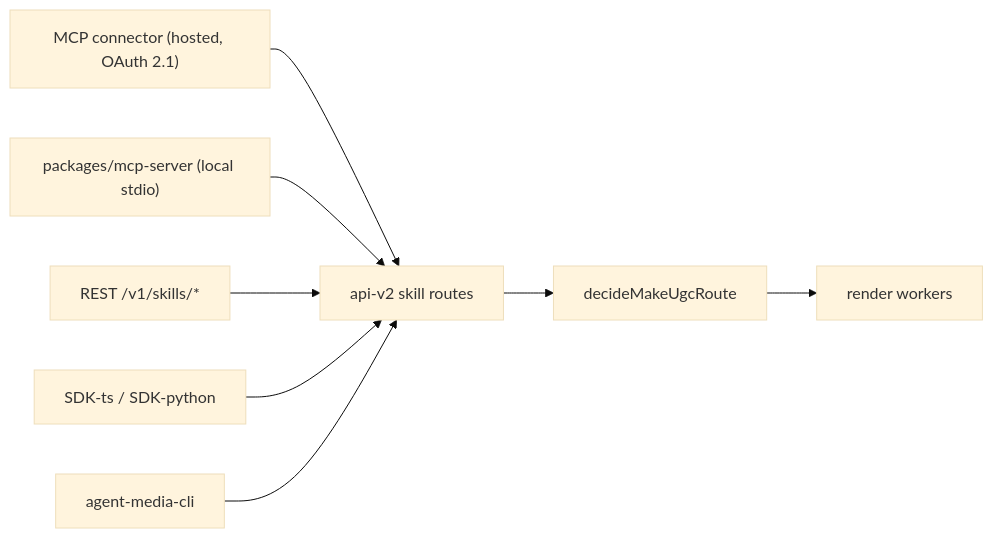
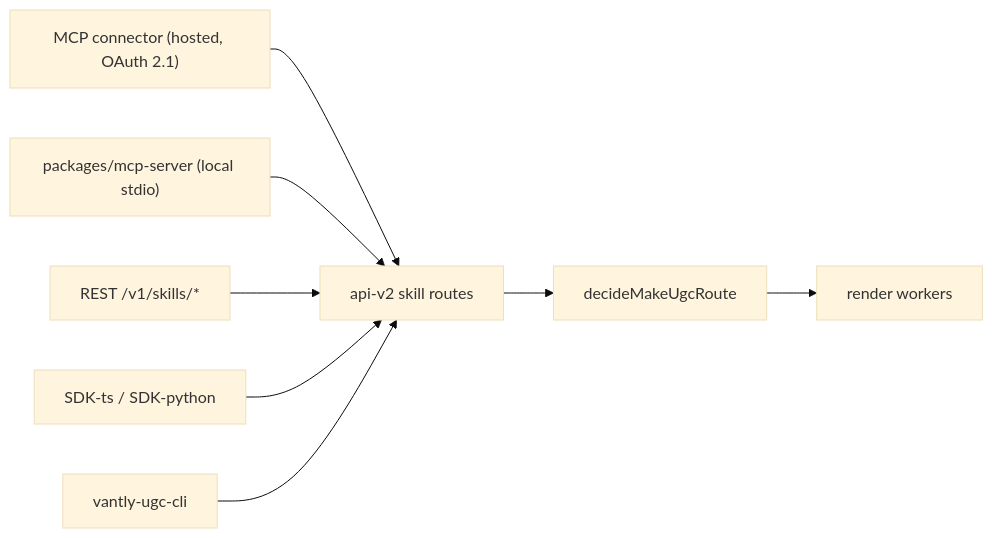
One commit to Sangwan70/vantly-ugc changed the sixth of 6 diagrams in ARCHITECTURE.md. Above: the diagram before and after it, drawn with Mermaid (base theme). The commit also changed other lines of this file and 674 other files, not shown here.

First line of the commit message:
Rebrand to Vantly UGC; add OpenRouter provider; fix self-hosting bugs

````diff
--- a/ARCHITECTURE.md
+++ b/ARCHITECTURE.md
@@ -191,9 +191,9 @@
 ```mermaid
 flowchart LR
   MCPC["MCP connector (hosted, OAuth 2.1)"] --> API
   STDIO["packages/mcp-server (local stdio)"] --> API
   REST["REST /v1/skills/*"] --> API
   SDKS["SDK-ts / SDK-python"] --> API
-  CLI["agent-media-cli"] --> API
+  CLI["vantly-ugc-cli"] --> API
   API["api-v2 skill routes"] --> ROUTER["decideMakeUgcRoute"] --> WORKERS["render workers"]
 ```
````
